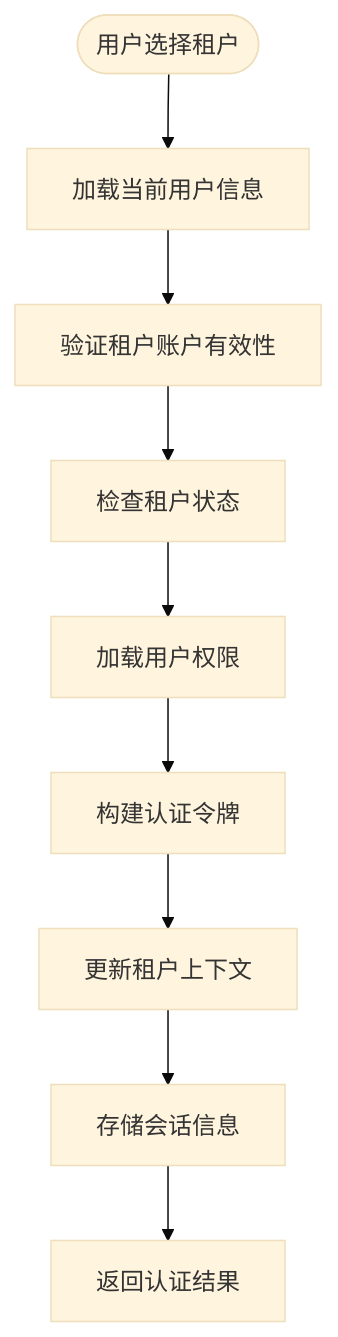
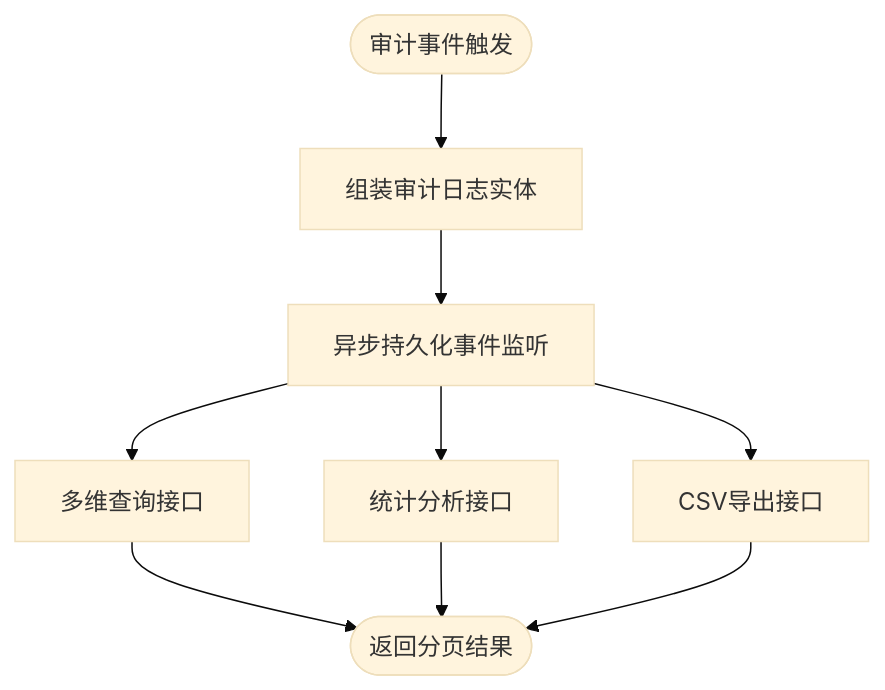
The fourth of 8 diagrams in .qoder/repowiki/zh/content/核心模块/核心模块.md (fq0121104930716/iam-platform), drawn with Mermaid (base theme) before and after one commit. The commit also changed other lines of this file and 222 other files, not shown here.

````diff
--- a/.qoder/repowiki/zh/content/核心模块/核心模块.md
+++ b/.qoder/repowiki/zh/content/核心模块/核心模块.md
@@ -146,11 +205,11 @@
 ```mermaid
 flowchart TD
-Start(["用户选择租户"]) --> LoadPerson["加载当前用户信息"]
-LoadPerson --> ValidateAccount["验证租户账户有效性"]
-ValidateAccount --> CheckTenant["检查租户状态"]
-CheckTenant --> LoadPermissions["加载用户权限"]
-LoadPermissions --> BuildToken["构建认证令牌"]
-BuildToken --> UpdateContext["更新租户上下文"]
-UpdateContext --> StoreSession["存储会话信息"]
-StoreSession --> ReturnResult["返回认证结果"]
+Start(["审计事件触发"]) --> Assemble["组装审计日志实体"]
+Assemble --> Persist["异步持久化事件监听"]
+Persist --> Query["多维查询接口"]
+Persist --> Stats["统计分析接口"]
+Persist --> Export["CSV导出接口"]
+Query --> End(["返回分页结果"])
+Stats --> End
+Export --> End
 ```
````
